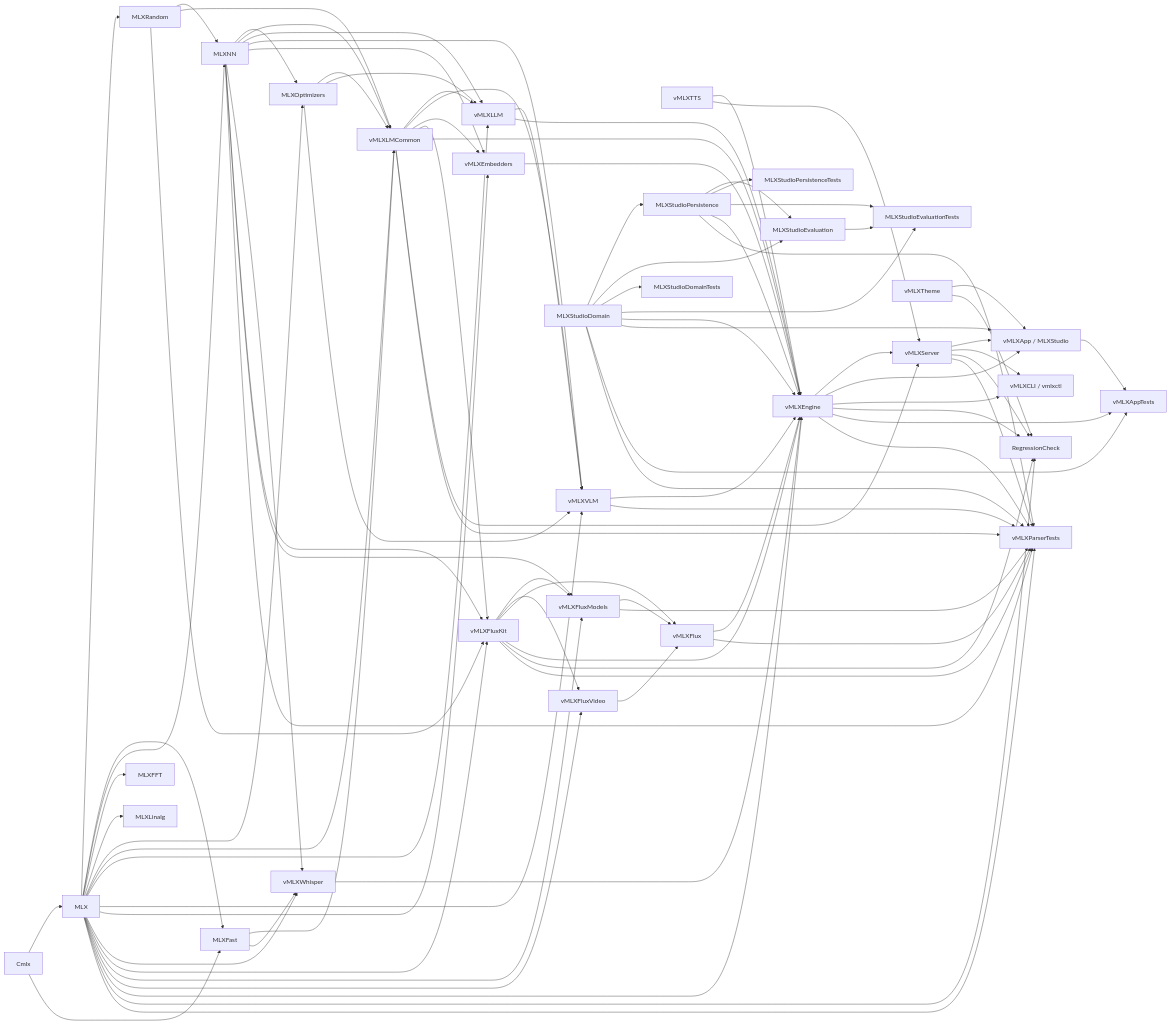
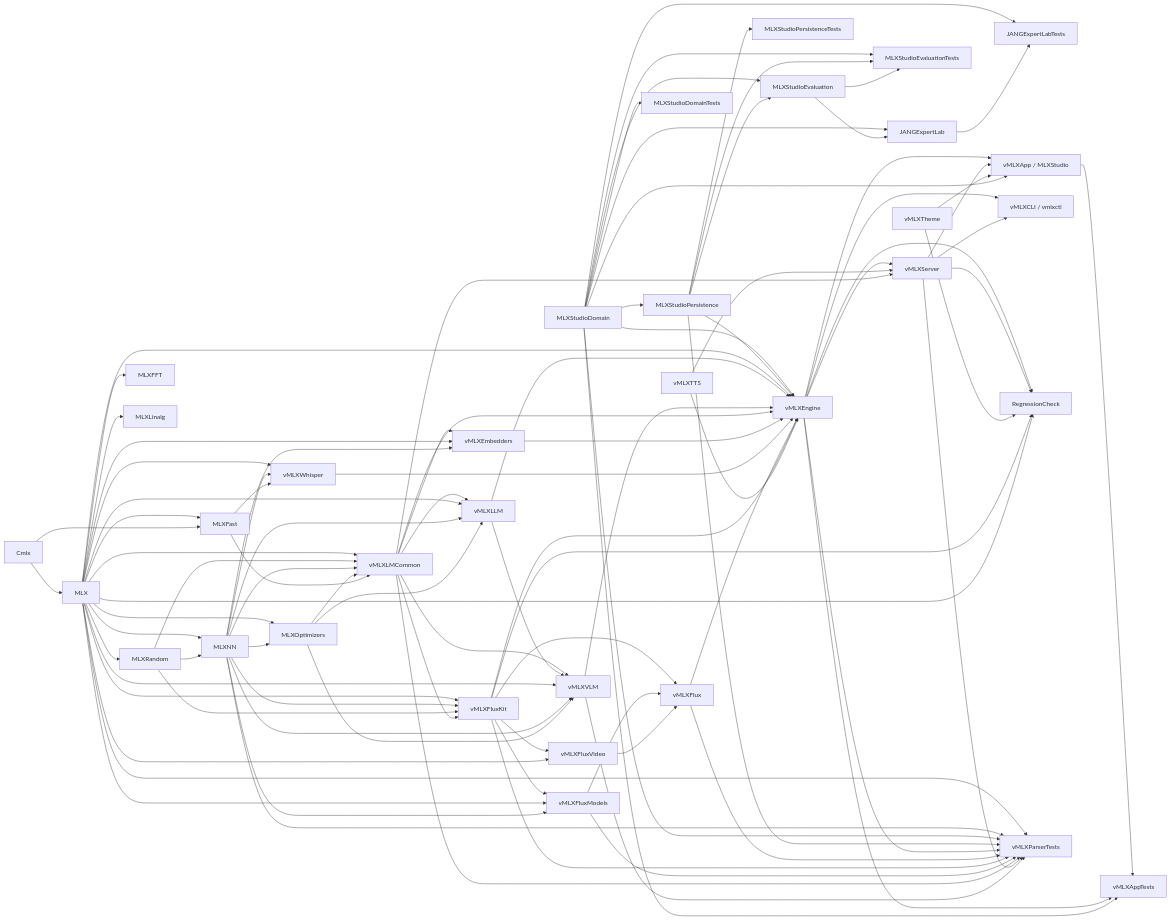
The first of 5 diagrams in docs/architecture/mlx-studio-consolidation/dependency-graph.md (hornsan1/mlx-studio-beta), drawn with Mermaid before and after one commit. The commit also changed other lines of this file and 8 other files, not shown here.

First line of the commit message:
[PR 7/20] Decouple JANG Expert Lab from JANGKit.Model (#10)

```diff
--- a/docs/architecture/mlx-studio-consolidation/dependency-graph.md
+++ b/docs/architecture/mlx-studio-consolidation/dependency-graph.md
@@ -52,11 +52,15 @@
     Domain["MLXStudioDomain"] --> Persistence["MLXStudioPersistence"]
     Domain --> Evaluation["MLXStudioEvaluation"]
     Persistence --> Evaluation
+    Domain --> ExpertLabProduct["JANGExpertLab"]
+    Evaluation --> ExpertLabProduct
     Domain --> DomainTests["MLXStudioDomainTests"]
     Persistence --> PersistenceTests["MLXStudioPersistenceTests"]
     Domain --> EvaluationTests["MLXStudioEvaluationTests"]
     Persistence --> EvaluationTests
     Evaluation --> EvaluationTests
+    Domain --> ExpertLabProductTests["JANGExpertLabTests"]
+    ExpertLabProduct --> ExpertLabProductTests
     Domain --> Engine
     Persistence --> Engine
     MLX --> Engine["vMLXEngine"]
```
